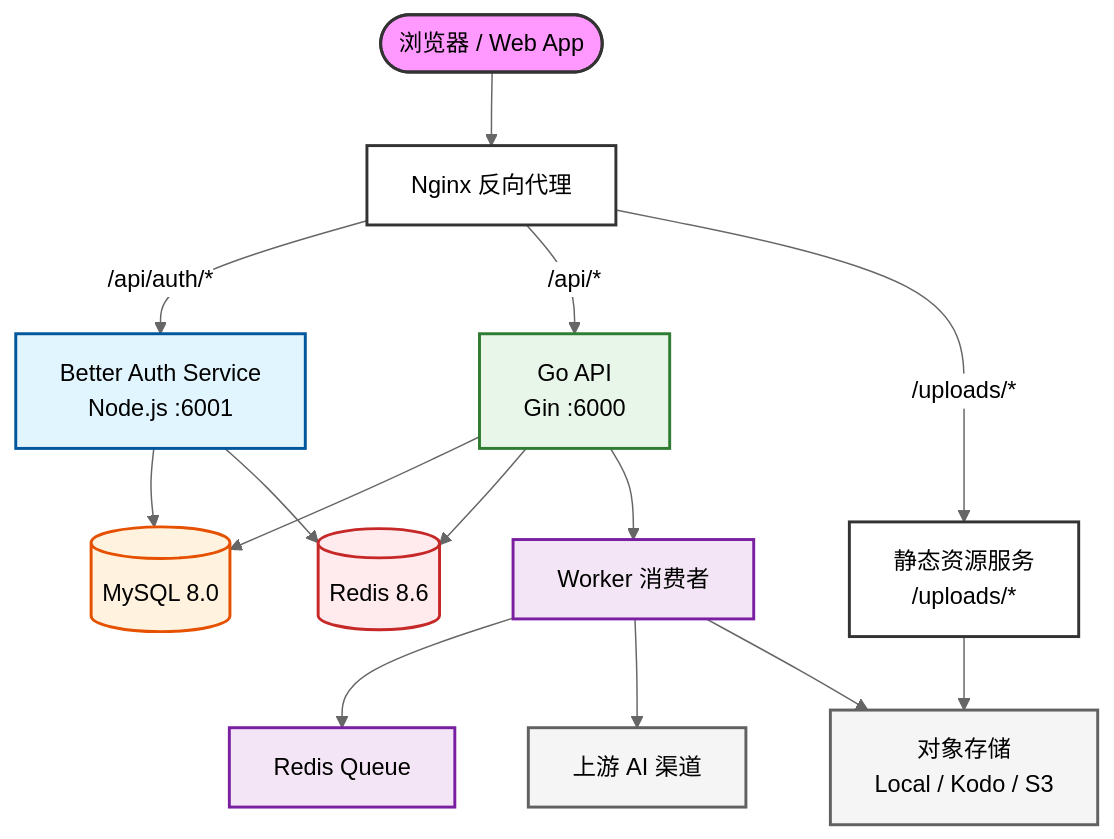
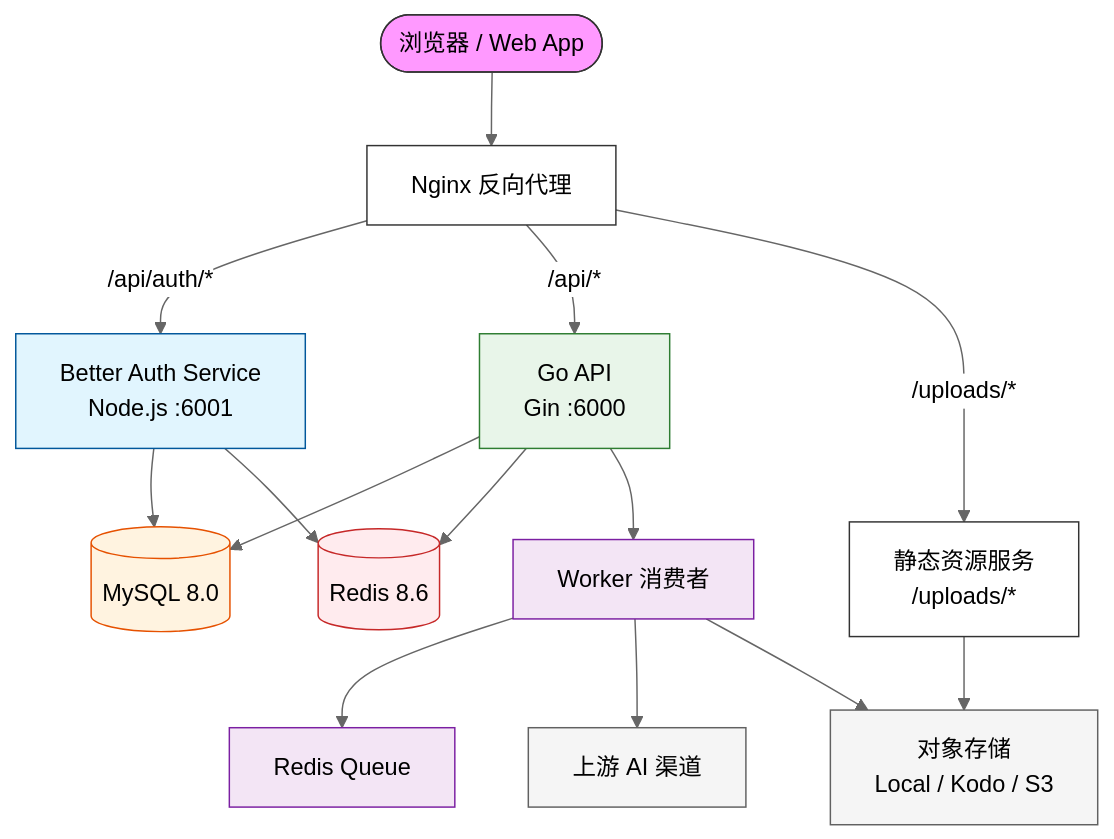
The diagram in README.md (Ericsunsk/IdeaBoard), drawn with Mermaid (neutral theme) before and after one commit.

Commit message:
docs: refine architecture diagram style with thinner strokes

````diff
--- a/README.md
+++ b/README.md
@@ -68,23 +68,23 @@
 ```mermaid
 flowchart TB
     Browser(["浏览器 / Web App"]) --> Nginx["Nginx 反向代理"]
     Nginx -- /api/auth/* --> Auth["Better Auth Service<br>Node.js :6001"]
     Nginx -- /api/* --> GoAPI["Go API<br>Gin :6000"]
     Nginx -- /uploads/* --> Static["静态资源服务<br>/uploads/*"]
     Auth --> MySQL[("MySQL 8.0")] & Redis[("Redis 8.6")]
     GoAPI --> MySQL & Redis & Worker["Worker 消费者"]
     Worker --> Queue["Redis Queue"] & AI["上游 AI 渠道"] & Storage["对象存储<br>Local / Kodo / S3"]
     Static --> Storage
 
-    style Browser fill:#f9f,stroke:#333,stroke-width:2px
-    style Nginx fill:#fff,stroke:#333,stroke-width:2px
-    style Auth fill:#e1f5fe,stroke:#01579b,stroke-width:2px
-    style GoAPI fill:#e8f5e9,stroke:#2e7d32,stroke-width:2px
-    style Static fill:#fff,stroke:#333,stroke-width:2px
-    style MySQL fill:#fff3e0,stroke:#e65100,stroke-width:2px
-    style Redis fill:#ffebee,stroke:#c62828,stroke-width:2px
-    style Worker fill:#f3e5f5,stroke:#7b1fa2,stroke-width:2px
-    style Queue fill:#f3e5f5,stroke:#7b1fa2,stroke-width:2px
-    style AI fill:#f5f5f5,stroke:#616161,stroke-width:2px
-    style Storage fill:#f5f5f5,stroke:#616161,stroke-width:2px
+    style Browser fill:#f9f,stroke:#333,stroke-width:1px
+    style Nginx fill:#fff,stroke:#333,stroke-width:1px
+    style Auth fill:#e1f5fe,stroke:#01579b,stroke-width:1px
+    style GoAPI fill:#e8f5e9,stroke:#2e7d32,stroke-width:1px
+    style Static fill:#fff,stroke:#333,stroke-width:1px
+    style MySQL fill:#fff3e0,stroke:#e65100,stroke-width:1px
+    style Redis fill:#ffebee,stroke:#c62828,stroke-width:1px
+    style Worker fill:#f3e5f5,stroke:#7b1fa2,stroke-width:1px
+    style Queue fill:#f3e5f5,stroke:#7b1fa2,stroke-width:1px
+    style AI fill:#f5f5f5,stroke:#616161,stroke-width:1px
+    style Storage fill:#f5f5f5,stroke:#616161,stroke-width:1px
 ```
````
